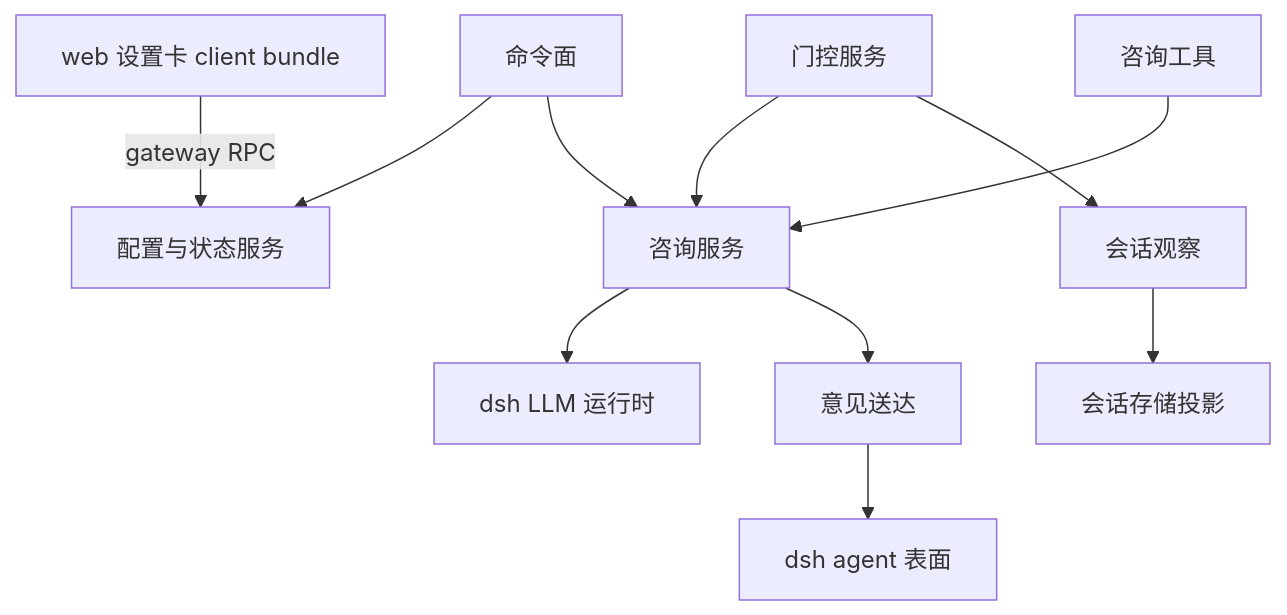
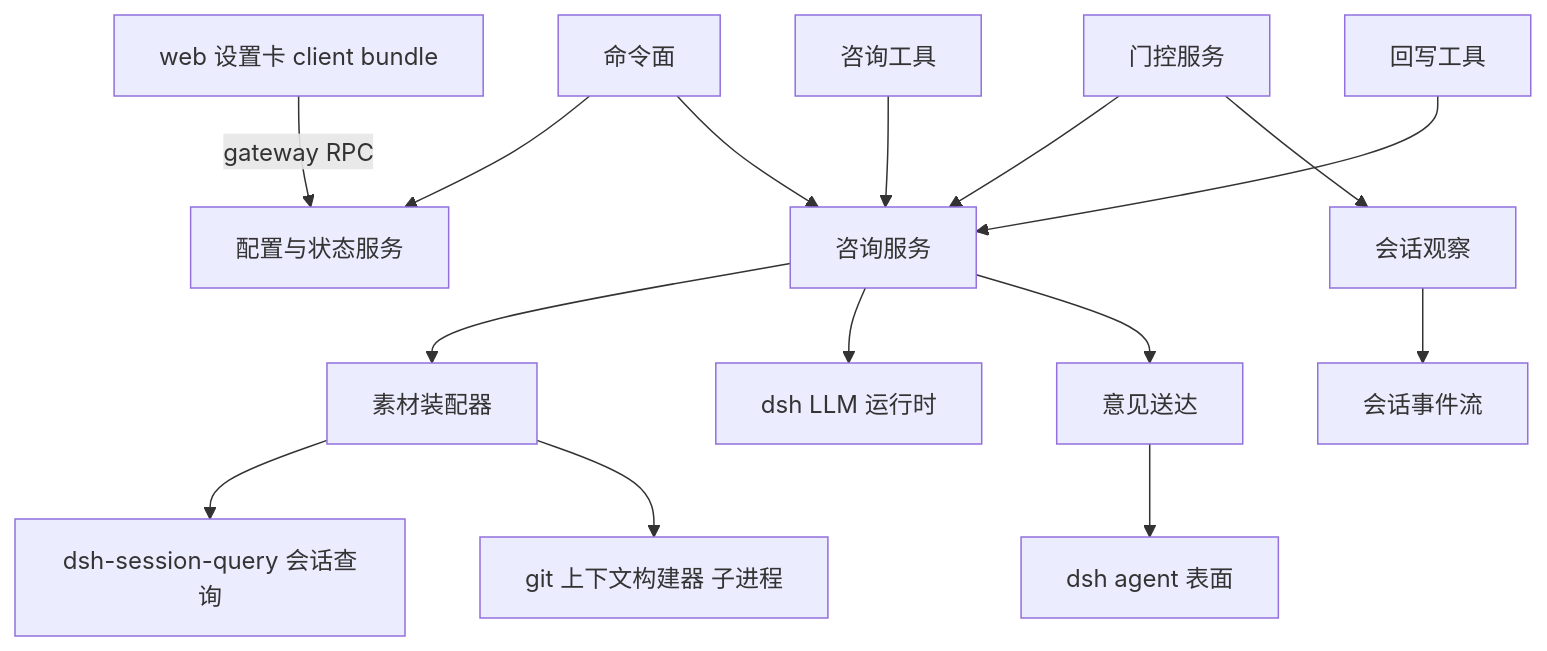
One commit to ccll/dsh-advisor-flow changed the ninth of 9 diagrams in SOLUTION.md. Above: the diagram before and after it, drawn with Mermaid. The commit also changed other lines of this file and 20 other files, not shown here.

First line of the commit message:
📝 文档(map): 行为严格对齐 pi-advisor-flow 0.8.2 的需求与方案演进

````diff
--- a/SOLUTION.md
+++ b/SOLUTION.md
@@ -275,13 +302,17 @@
 ```mermaid
 flowchart TD
     card[web 设置卡 client bundle] -->|gateway RPC| cfg[配置与状态服务]
     cmd[命令面] --> cfg
     cmd --> consult[咨询服务]
     tool[咨询工具] --> consult
+    ot[回写工具] --> consult
     gates[门控服务] --> consult
     gates --> obs[会话观察]
-    obs --> transcript[会话存储投影]
+    consult --> mat[素材装配器]
+    mat --> sq[dsh-session-query 会话查询]
+    mat --> git[git 上下文构建器 子进程]
+    obs --> transcript[会话事件流]
     consult --> llm[dsh LLM 运行时]
     deliver[意见送达] --> agent[dsh agent 表面]
     consult --> deliver
 ```
````
